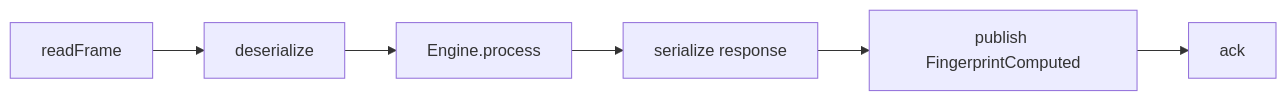
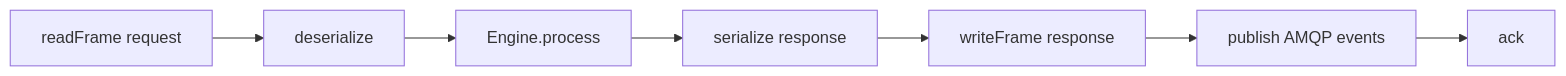
Before and after one commit to Akshay2642005/fingerprint-engine: the second of 4 diagrams in specs/rework/DESIGN.md, drawn with Mermaid. The commit also changed other lines of this file and 2 other files, not shown here.

````diff
--- a/specs/rework/DESIGN.md
+++ b/specs/rework/DESIGN.md
@@ -440,8 +492,9 @@
 ```mermaid
 flowchart LR
-    R[readFrame] --> D[deserialize]
+    R[readFrame request] --> D[deserialize]
     D --> PR[Engine.process]
     PR --> S[serialize response]
-    S --> PUB[publish FingerprintComputed]
+    S --> RESP[writeFrame response]
+    RESP --> PUB[publish AMQP events]
     PUB --> ACK[ack]
 ```
````
